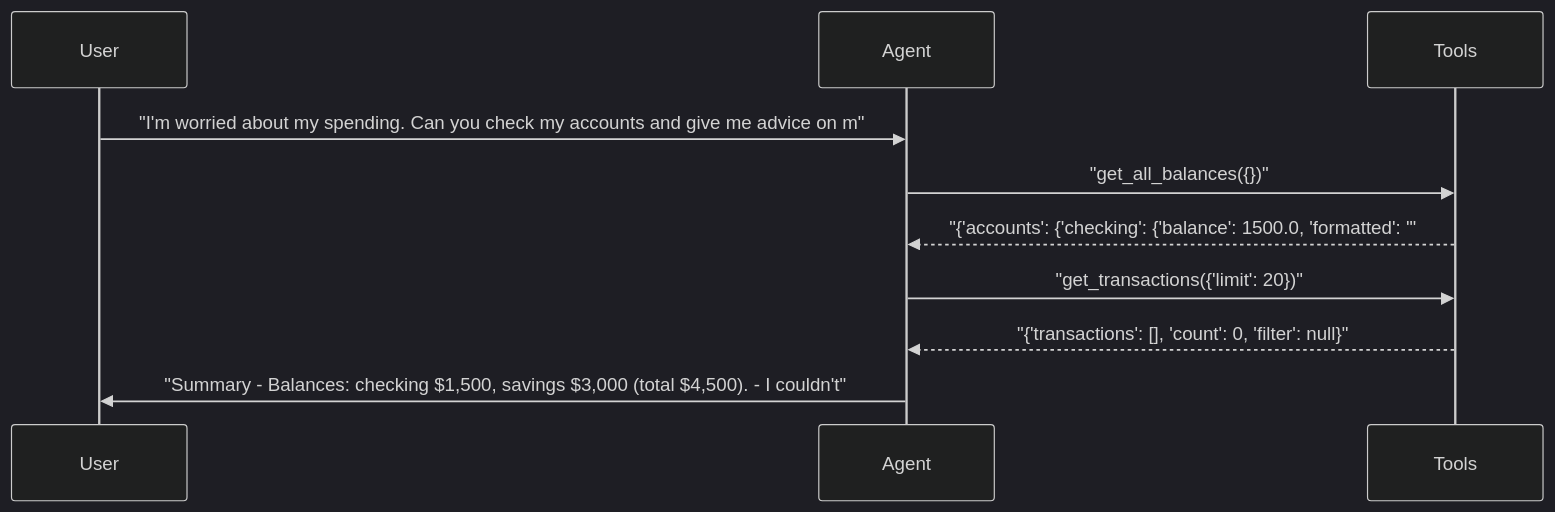
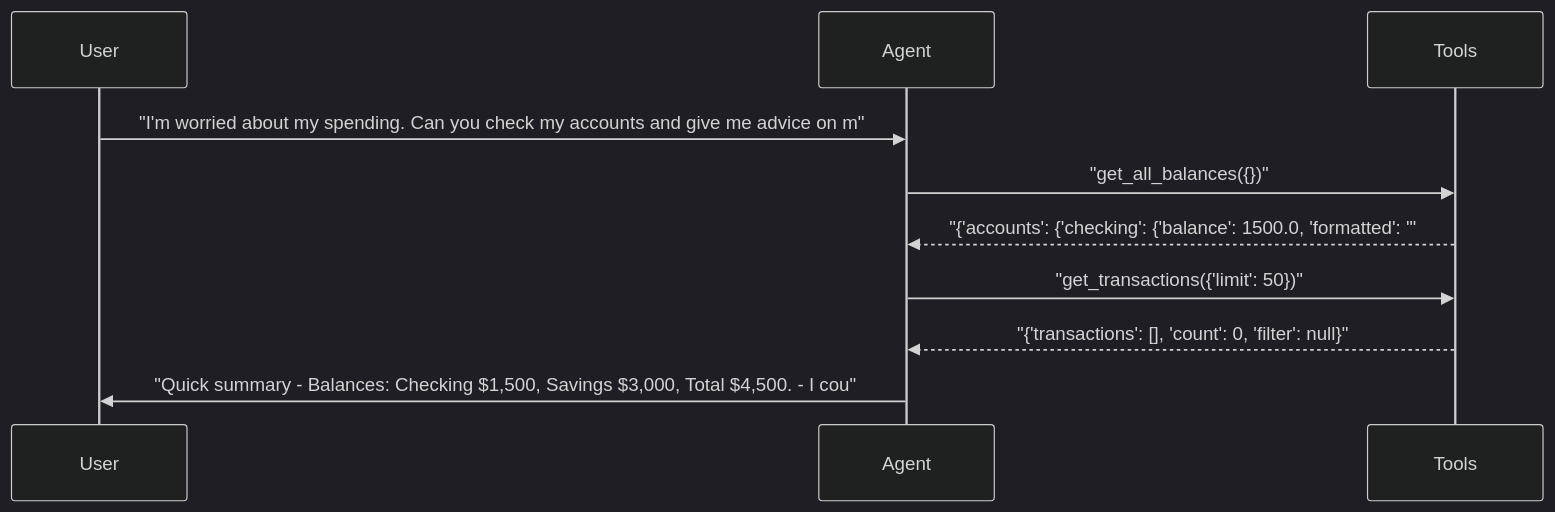
One commit to sbroenne/pytest-aitest changed diagram 18 of 25 in docs/demo/hero-report.md. Above: the diagram before and after it, drawn with Mermaid (dark theme). The commit also changed other lines of this file and 22 other files, not shown here.

````diff
--- a/docs/demo/hero-report.md
+++ b/docs/demo/hero-report.md
@@ -781,13 +895,13 @@
 ```mermaid
 sequenceDiagram
     participant User
     participant Agent
     participant Tools
 
     User->>Agent: "I'm worried about my spending. Can you check my accounts and give me advice on m"
     Agent->>Tools: "get_all_balances({})"
     Tools-->>Agent: "{'accounts': {'checking': {'balance': 1500.0, 'formatted': '"
-    Agent->>Tools: "get_transactions({'limit': 20})"
+    Agent->>Tools: "get_transactions({'limit': 50})"
     Tools-->>Agent: "{'transactions': [], 'count': 0, 'filter': null}"
-    Agent->>User: "Summary - Balances: checking $1,500, savings $3,000 (total $4,500). - I couldn't"
+    Agent->>User: "Quick summary - Balances: Checking $1,500, Savings $3,000, Total $4,500. - I cou"
 ```
````
